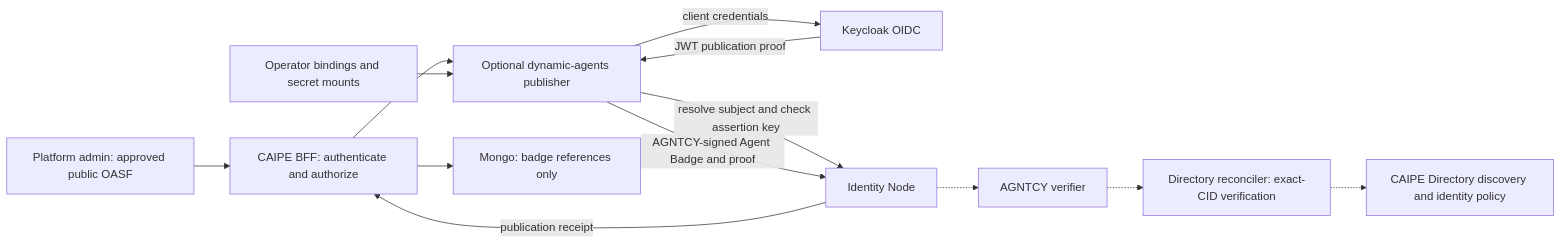
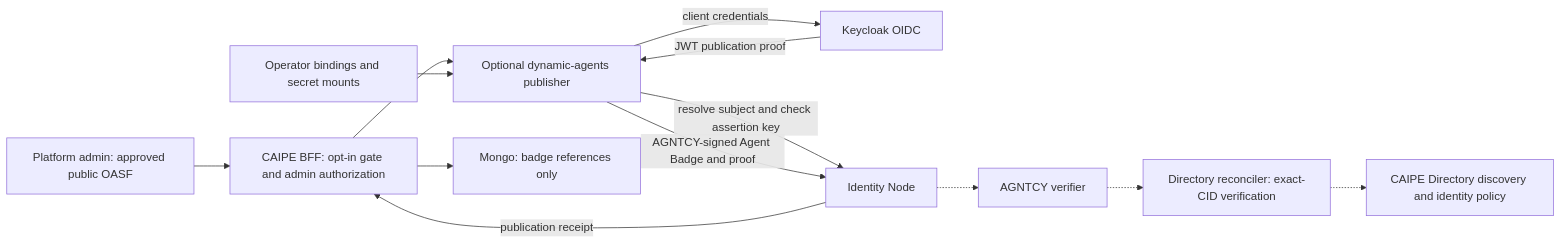
One commit to caipe-io/ai-platform-engineering changed the first of 2 diagrams in docs/docs/architecture/keycloak-agent-badges.md. Above: the diagram before and after it, drawn with Mermaid. The commit also changed other lines of this file and 3 other files, not shown here.

````diff
--- a/docs/docs/architecture/keycloak-agent-badges.md
+++ b/docs/docs/architecture/keycloak-agent-badges.md
@@ -11,15 +11,15 @@
 ```mermaid
 flowchart LR
-    A[Platform admin: approved public OASF] --> B[CAIPE BFF: authenticate and authorize]
+    A[Platform admin: approved public OASF] --> B[CAIPE BFF: opt-in gate and admin authorization]
     B --> P[Optional dynamic-agents publisher]
     O[Operator bindings and secret mounts] --> P
     P -->|client credentials| K[Keycloak OIDC]
     K -->|JWT publication proof| P
     P -->|resolve subject and check assertion key| N[Identity Node]
     P -->|AGNTCY-signed Agent Badge and proof| N
     N -->|publication receipt| B
     B --> M[Mongo: badge references only]
     N -.-> V[AGNTCY verifier]
     V -.-> D[Directory reconciler: exact-CID verification]
     D -.-> C[CAIPE Directory discovery and identity policy]
 ```
````
